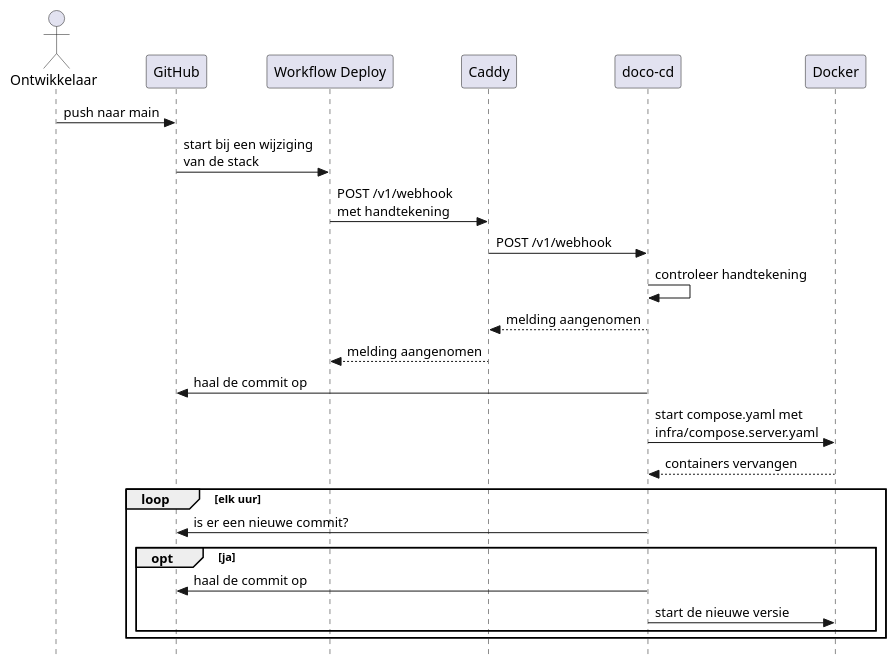
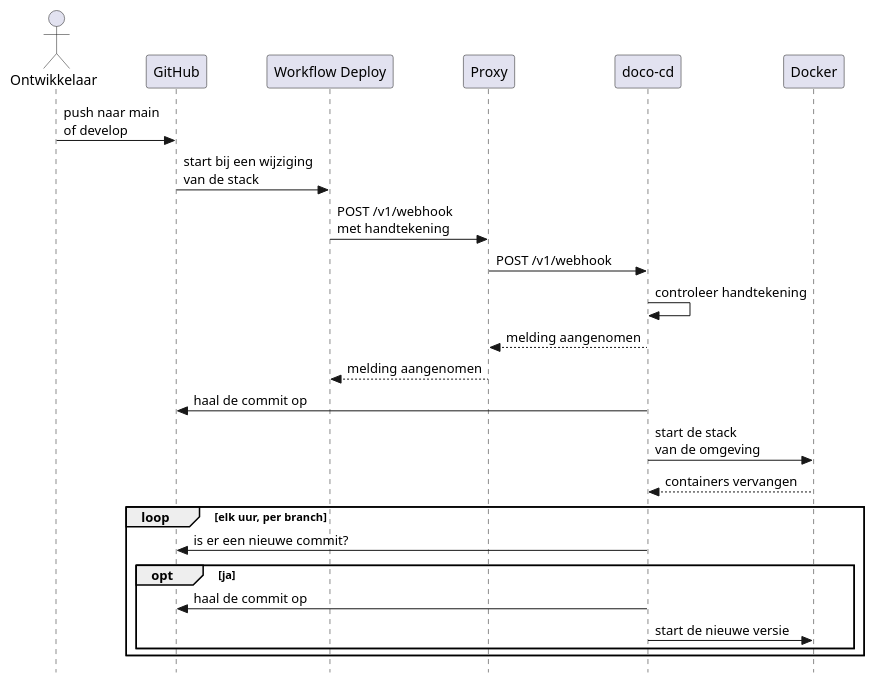
Before and after one commit to HAN-Craftsmanship-KL-JJG/casus: the diagram in docs/diagrams/uitrol-sequence.puml, drawn with PlantUML. The commit also changed 6 other files, not shown here.

```diff
--- a/docs/diagrams/uitrol-sequence.puml
+++ b/docs/diagrams/uitrol-sequence.puml
@@ -1,33 +1,33 @@
 @startuml uitrol-sequence
 ' Sequence diagram van een uitrol: van een push tot de nieuwe versie. Toelichting: docs/uitrol.md
-' De controle per uur vangt een melding op die verloren is gegaan.
+' De branch bepaalt de omgeving: main is productie, develop is ontwikkeling.
 skinparam style strictuml
 skinparam shadowing false
 skinparam defaultFontName Helvetica
 
 actor Ontwikkelaar as dev
 participant GitHub as github
 participant "Workflow Deploy" as workflow
-participant Caddy as caddy
+participant Proxy as proxy
 participant "doco-cd" as dococd
 participant Docker as docker
 
-dev -> github : push naar main
+dev -> github : push naar main\nof develop
 github -> workflow : start bij een wijziging\nvan de stack
-workflow -> caddy : POST /v1/webhook\nmet handtekening
-caddy -> dococd : POST /v1/webhook
+workflow -> proxy : POST /v1/webhook\nmet handtekening
+proxy -> dococd : POST /v1/webhook
 dococd -> dococd : controleer handtekening
-dococd --> caddy : melding aangenomen
-caddy --> workflow : melding aangenomen
+dococd --> proxy : melding aangenomen
+proxy --> workflow : melding aangenomen
 dococd -> github : haal de commit op
-dococd -> docker : start compose.yaml met\ninfra/compose.server.yaml
+dococd -> docker : start de stack\nvan de omgeving
 docker --> dococd : containers vervangen
 
-loop elk uur
+loop elk uur, per branch
   dococd -> github : is er een nieuwe commit?
   opt ja
     dococd -> github : haal de commit op
     dococd -> docker : start de nieuwe versie
   end
 end
 @enduml
```
